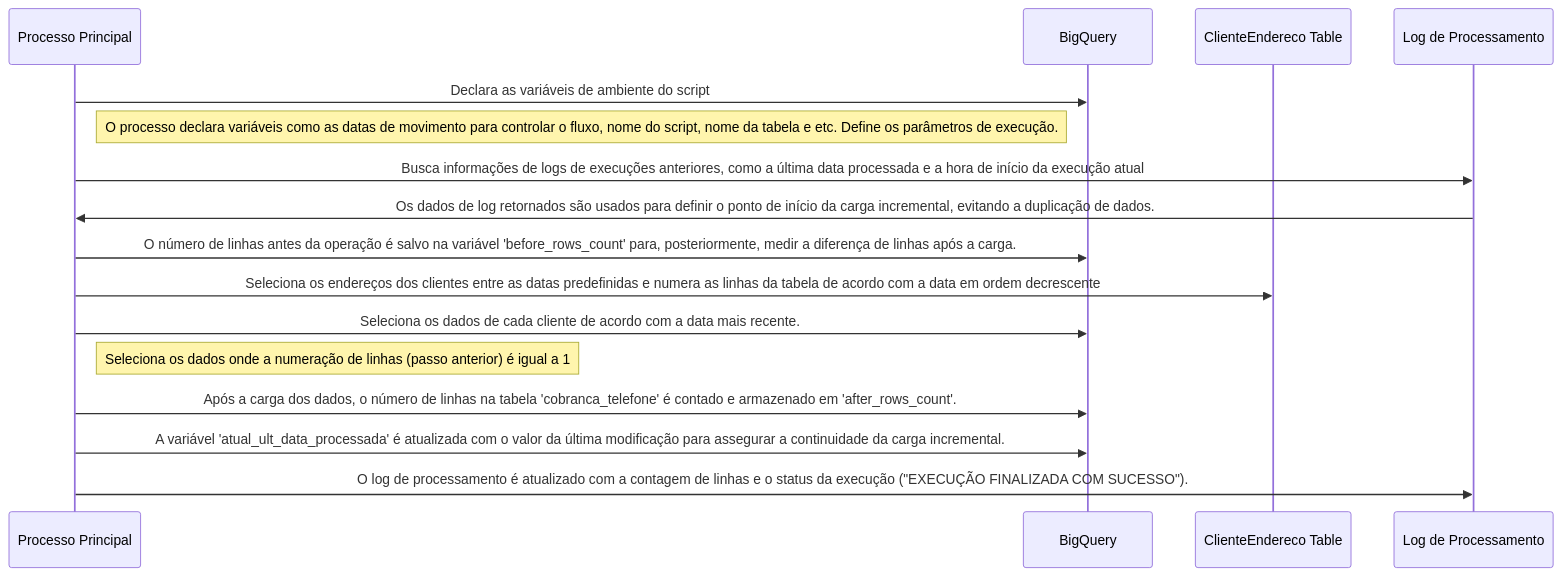
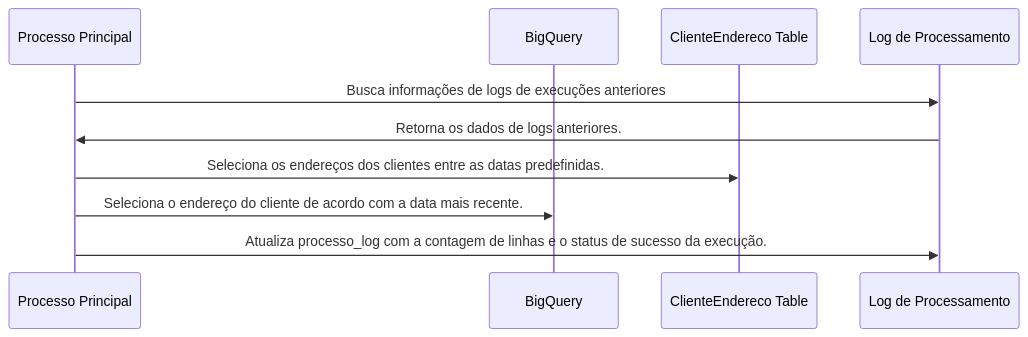
Before and after one commit to 2RP-Squad404/Halo-World: the diagram in Sprints/SP03-0511/Gabriel/cobranca_endereco_cliente.md, drawn with Mermaid. The commit also changed 1 other file, not shown here.

Commit message:
docs: risco tivea diagrams edited

````diff
--- a/Sprints/SP03-0511/Gabriel/cobranca_endereco_cliente.md
+++ b/Sprints/SP03-0511/Gabriel/cobranca_endereco_cliente.md
@@ -1,28 +1,17 @@
 ```mermaid
 sequenceDiagram
     participant Processo as Processo Principal
     participant BigQuery as BigQuery
     participant ClienteEndereco as ClienteEndereco Table
     participant Logs as Log de Processamento
 
-    Processo->>BigQuery: Declara as variáveis de ambiente do script
-    note right of Processo: O processo declara variáveis como as datas de movimento para controlar o fluxo, nome do script, nome da tabela e etc. Define os parâmetros de execução.
+    Processo->>Logs: Busca informações de logs de execuções anteriores
+    
+    Logs->>Processo: Retorna os dados de logs anteriores.
 
-    Processo->>Logs: Busca informações de logs de execuções anteriores, como a última data processada e a hora de início da execução atual
-    
-    Logs->>Processo: Os dados de log retornados são usados para definir o ponto de início da carga incremental, evitando a duplicação de dados.
+    Processo->>ClienteEndereco: Seleciona os endereços dos clientes entre as datas predefinidas.
 
-    Processo->>BigQuery: O número de linhas antes da operação é salvo na variável 'before_rows_count' para, posteriormente, medir a diferença de linhas após a carga.
+    Processo->>BigQuery: Seleciona o endereço do cliente de acordo com a data mais recente.
 
-    Processo->>ClienteEndereco: Seleciona os endereços dos clientes entre as datas predefinidas e numera as linhas da tabela de acordo com a data em ordem decrescente
-
-    Processo->>BigQuery: Seleciona os dados de cada cliente de acordo com a data mais recente.
-    note right of Processo: Seleciona os dados onde a numeração de linhas (passo anterior) é igual a 1
-
-
-    Processo->>BigQuery: Após a carga dos dados, o número de linhas na tabela 'cobranca_telefone' é contado e armazenado em 'after_rows_count'.
-
-    Processo->>BigQuery: A variável 'atual_ult_data_processada' é atualizada com o valor da última modificação para assegurar a continuidade da carga incremental.
-
-    Processo->>Logs: O log de processamento é atualizado com a contagem de linhas e o status da execução ("EXECUÇÃO FINALIZADA COM SUCESSO").
+    Processo->>Logs: Atualiza processo_log com a contagem de linhas e o status de sucesso da execução.
 ```
````
